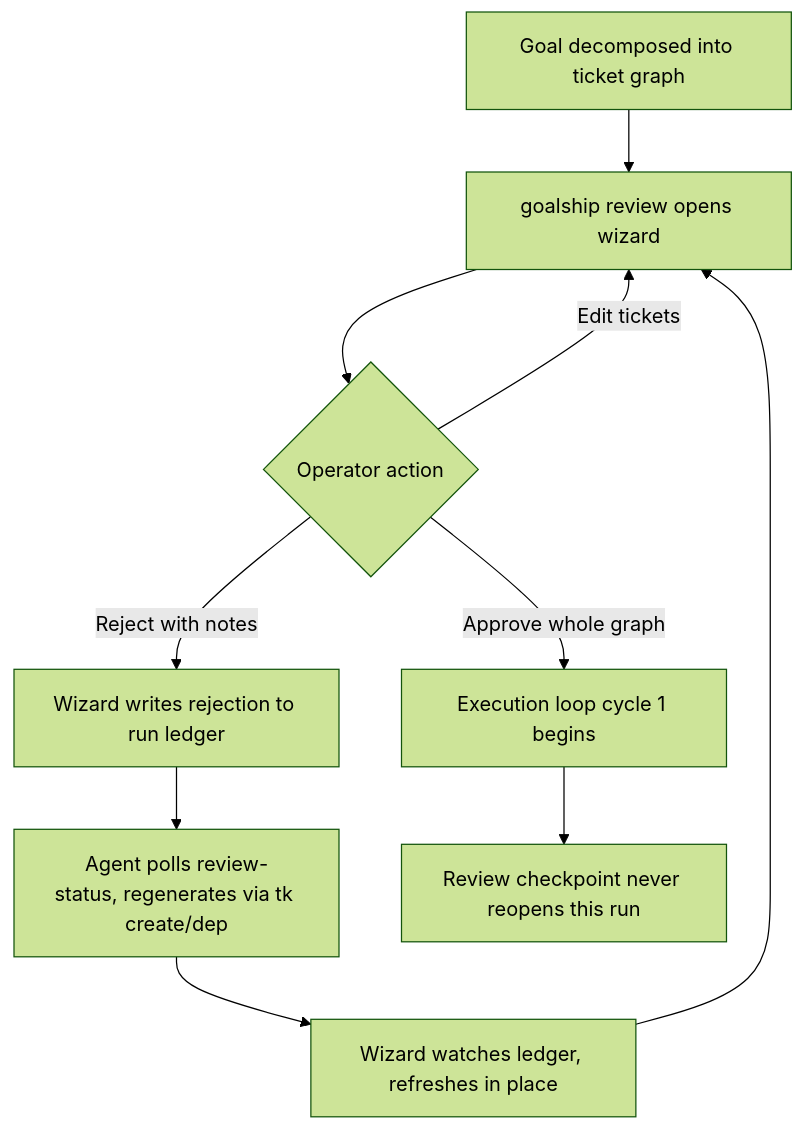
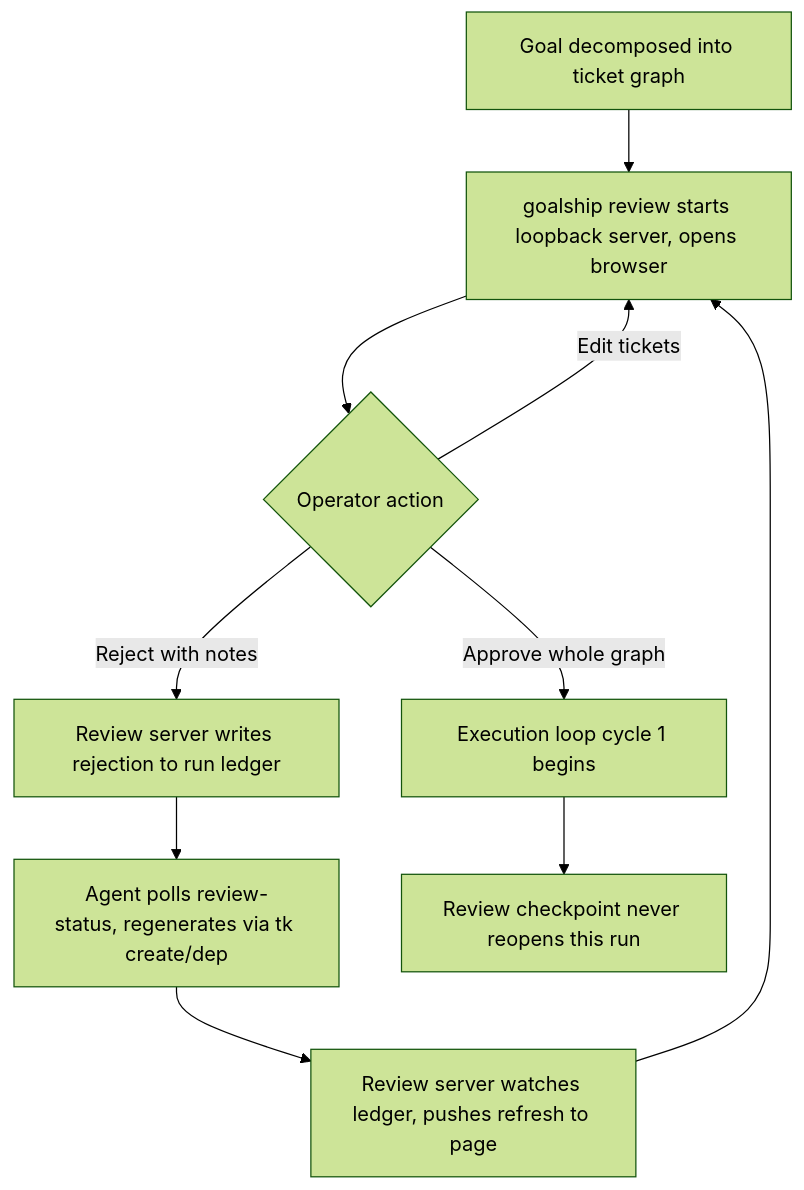
One commit to Christophe1997/goalship changed the first of 3 diagrams in docs/plans/2026-08-27-2010-feat-goalship-cli-plan.md. Above: the diagram before and after it, drawn with Mermaid (forest theme). The commit also changed other lines of this file, not shown here.

First line of the commit message:
docs(goalship-plan): switch review checkpoint from TUI to browser page

````diff
--- a/docs/plans/2026-08-27-2010-feat-goalship-cli-plan.md
+++ b/docs/plans/2026-08-27-2010-feat-goalship-cli-plan.md
@@ -95,12 +96,12 @@
 ```mermaid
 flowchart TB
-  A[Goal decomposed into ticket graph] --> B[goalship review opens wizard]
+  A[Goal decomposed into ticket graph] --> B[goalship review starts loopback server, opens browser]
   B --> C{Operator action}
   C -->|Edit tickets| B
-  C -->|Reject with notes| D[Wizard writes rejection to run ledger]
+  C -->|Reject with notes| D[Review server writes rejection to run ledger]
   D --> E[Agent polls review-status, regenerates via tk create/dep]
-  E --> F[Wizard watches ledger, refreshes in place]
+  E --> F[Review server watches ledger, pushes refresh to page]
   F --> B
   C -->|Approve whole graph| G[Execution loop cycle 1 begins]
   G --> H[Review checkpoint never reopens this run]
 ```
````
